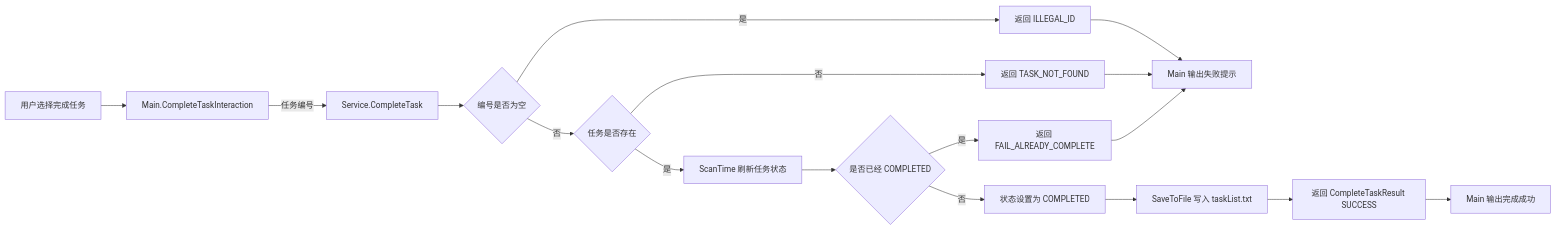
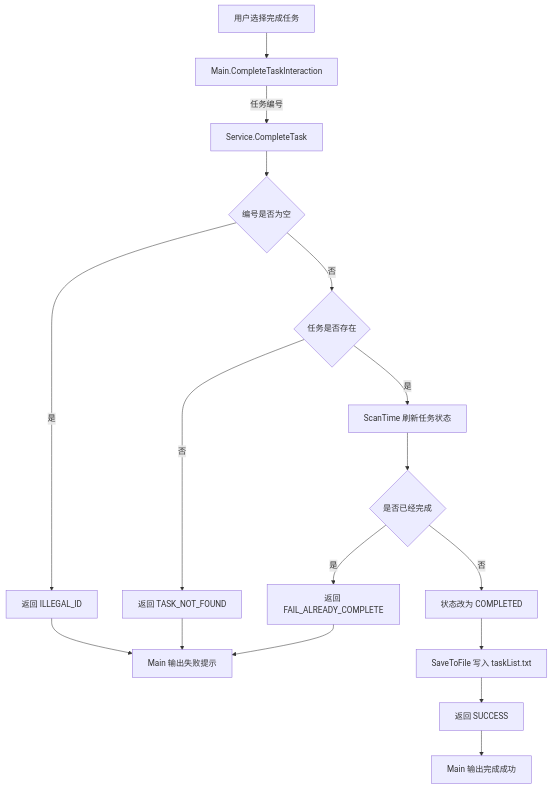
Before and after one commit to Z-ZM-creator/Task-Manage-System3.0: the fourth of 14 diagrams in README.md, drawn with Mermaid. The commit also changed other lines of this file, not shown here.

````diff
--- a/README.md
+++ b/README.md
@@ -231,19 +180,19 @@
 ```mermaid
-flowchart LR
+flowchart TD
     User[用户选择完成任务] --> Main[Main.CompleteTaskInteraction]
     Main -->|任务编号| Service[Service.CompleteTask]
     Service --> CheckId{编号是否为空}
     CheckId -->|是| Illegal[返回 ILLEGAL_ID]
     CheckId -->|否| Exists{任务是否存在}
     Exists -->|否| NotFound[返回 TASK_NOT_FOUND]
     Exists -->|是| Scan[ScanTime 刷新任务状态]
-    Scan --> Done{是否已经 COMPLETED}
+    Scan --> Done{是否已经完成}
     Done -->|是| Already[返回 FAIL_ALREADY_COMPLETE]
-    Done -->|否| Update[状态设置为 COMPLETED]
+    Done -->|否| Update[状态改为 COMPLETED]
     Update --> Save[SaveToFile 写入 taskList.txt]
-    Save --> Success[返回 CompleteTaskResult SUCCESS]
+    Save --> Success[返回 SUCCESS]
     Illegal --> Output[Main 输出失败提示]
     NotFound --> Output
     Already --> Output
     Success --> OutputSuccess[Main 输出完成成功]
 ```
````
